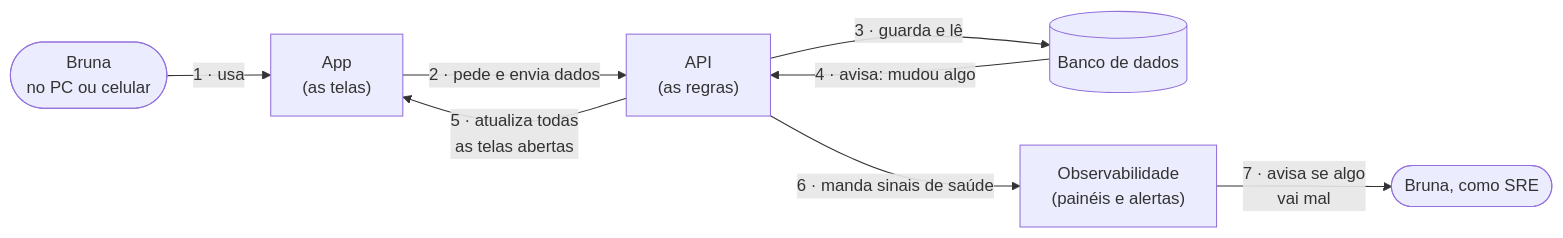
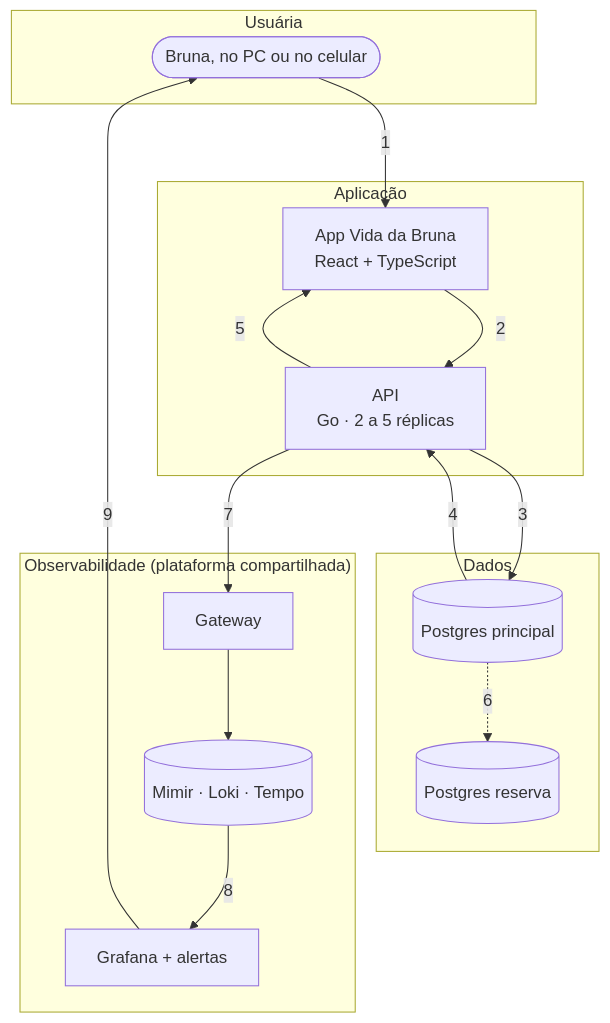
Before and after one commit to BrunaFranca/vida-da-bruna-api: the first of 3 diagrams in README.md, drawn with Mermaid. The commit also changed other lines of this file, not shown here.

````diff
--- a/README.md
+++ b/README.md
@@ -11,10 +11,30 @@
 ```mermaid
-flowchart LR
-  U(["Bruna<br/>no PC ou celular"]) -- "1 · usa" --> APP["App<br/>(as telas)"]
-  APP -- "2 · pede e envia dados" --> API["API<br/>(as regras)"]
-  API -- "3 · guarda e lê" --> DB[("Banco de dados")]
-  DB -- "4 · avisa: mudou algo" --> API
-  API -- "5 · atualiza todas<br/>as telas abertas" --> APP
-  API -- "6 · manda sinais de saúde" --> OBS["Observabilidade<br/>(painéis e alertas)"]
-  OBS -- "7 · avisa se algo<br/>vai mal" --> SRE(["Bruna, como SRE"])
+flowchart TB
+  subgraph U["Usuária"]
+    B(["Bruna, no PC ou no celular"])
+  end
+  subgraph A["Aplicação"]
+    APP["App Vida da Bruna<br/>React + TypeScript"]
+    API["API<br/>Go · 2 a 5 réplicas"]
+  end
+  subgraph D["Dados"]
+    PG[("Postgres principal")]
+    PGR[("Postgres reserva")]
+  end
+  subgraph O["Observabilidade (plataforma compartilhada)"]
+    GW["Gateway"]
+    ST[("Mimir · Loki · Tempo")]
+    GR["Grafana + alertas"]
+  end
+
+  B -- "1" --> APP
+  APP -- "2" --> API
+  API -- "3" --> PG
+  PG -- "4" --> API
+  API -- "5" --> APP
+  PG -. "6" .-> PGR
+  API -- "7" --> GW
+  GW --> ST
+  ST -- "8" --> GR
+  GR -- "9" --> B
 ```
````
